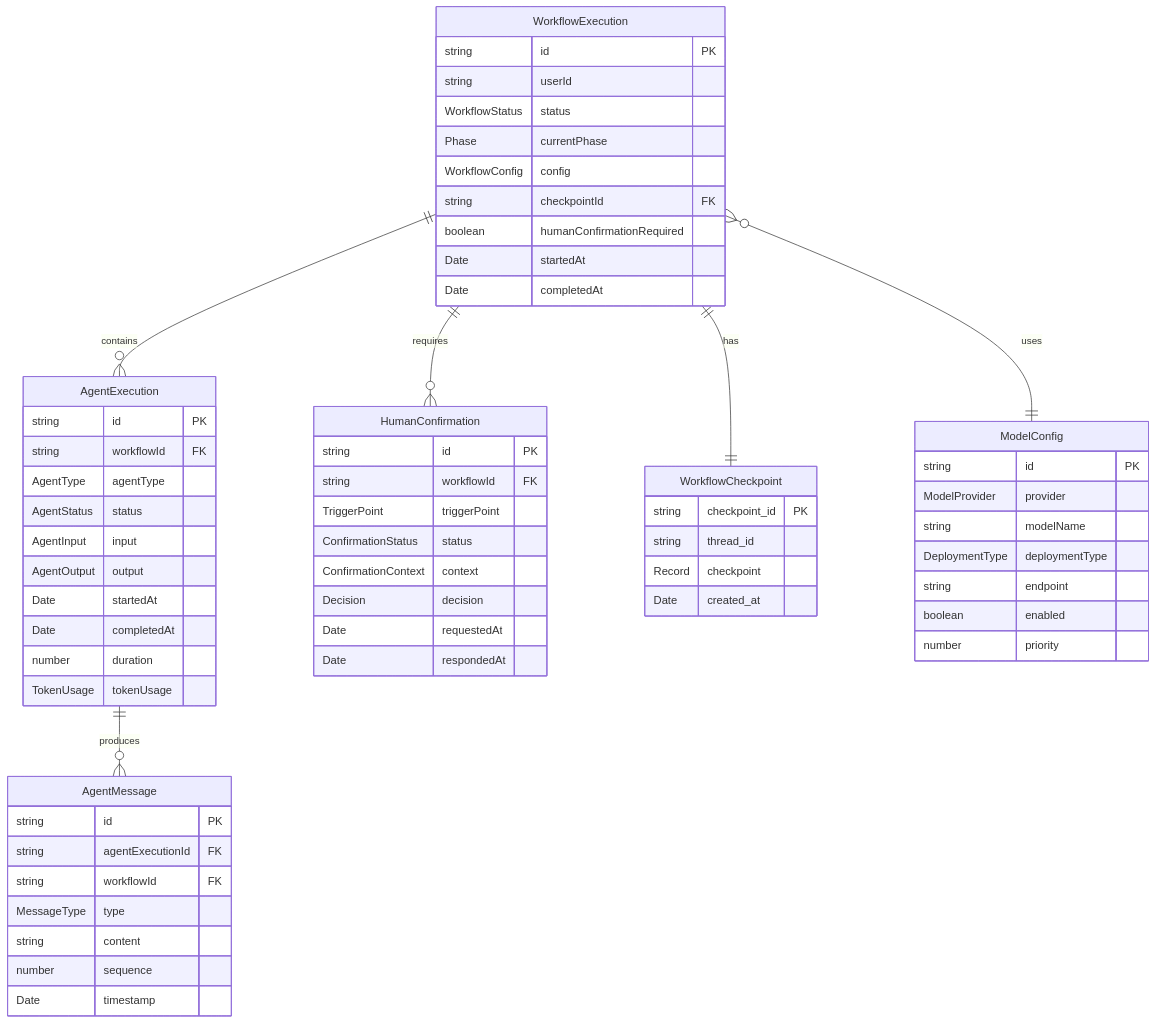
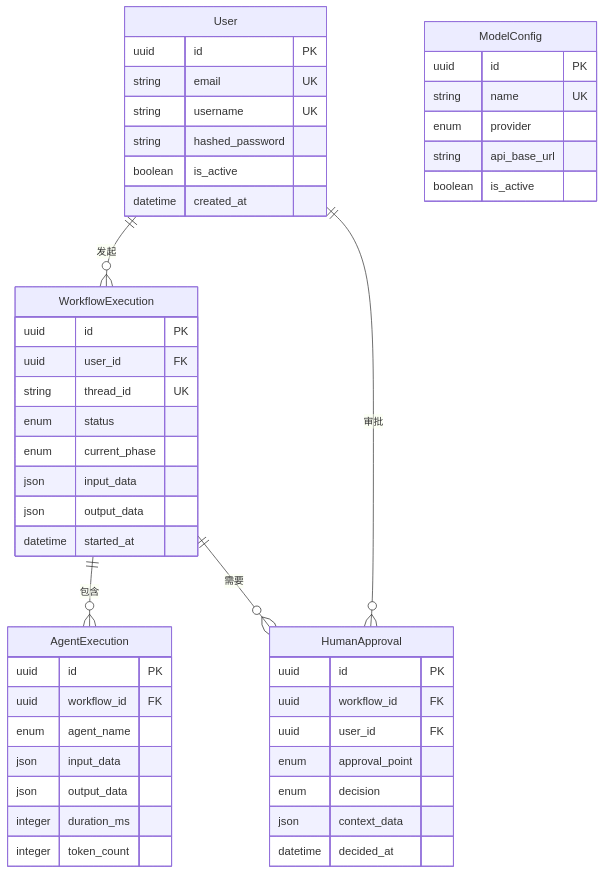
The second of 5 diagrams in docs/architecture.md (QQhuxuhui/BMAD-METHOD), drawn with Mermaid before and after one commit. The commit also changed other lines of this file and 19 other files, not shown here.

````diff
--- a/docs/architecture.md
+++ b/docs/architecture.md
@@ -543,71 +443,55 @@
 ```mermaid
 erDiagram
-    WorkflowExecution ||--o{ AgentExecution : contains
-    WorkflowExecution ||--o{ HumanConfirmation : requires
-    WorkflowExecution ||--|| WorkflowCheckpoint : has
-    AgentExecution ||--o{ AgentMessage : produces
-    WorkflowExecution }o--|| ModelConfig : uses
+    User ||--o{ WorkflowExecution : "发起"
+    User ||--o{ HumanApproval : "审批"
+    WorkflowExecution ||--o{ AgentExecution : "包含"
+    WorkflowExecution ||--o{ HumanApproval : "需要"
+
+    User {
+        uuid id PK
+        string email UK
+        string username UK
+        string hashed_password
+        boolean is_active
+        datetime created_at
+    }
 
     WorkflowExecution {
-        string id PK
-        string userId
-        WorkflowStatus status
-        Phase currentPhase
-        WorkflowConfig config
-        string checkpointId FK
-        boolean humanConfirmationRequired
-        Date startedAt
-        Date completedAt
+        uuid id PK
+        uuid user_id FK
+        string thread_id UK
+        enum status
+        enum current_phase
+        json input_data
+        json output_data
+        datetime started_at
     }
 
     AgentExecution {
-        string id PK
-        string workflowId FK
-        AgentType agentType
-        AgentStatus status
-        AgentInput input
-        AgentOutput output
-        Date startedAt
-        Date completedAt
-        number duration
-        TokenUsage tokenUsage
+        uuid id PK
+        uuid workflow_id FK
+        enum agent_name
+        json input_data
+        json output_data
+        integer duration_ms
+        integer token_count
     }
 
-    AgentMessage {
-        string id PK
-        string agentExecutionId FK
-        string workflowId FK
-        MessageType type
-        string content
-        number sequence
-        Date timestamp
-    }
-
-    HumanConfirmation {
-        string id PK
-        string workflowId FK
-        TriggerPoint triggerPoint
-        ConfirmationStatus status
-        ConfirmationContext context
-        Decision decision
-        Date requestedAt
-        Date respondedAt
+    HumanApproval {
+        uuid id PK
+        uuid workflow_id FK
+        uuid user_id FK
+        enum approval_point
+        enum decision
+        json context_data
+        datetime decided_at
     }
 
     ModelConfig {
-        string id PK
-        ModelProvider provider
-        string modelName
-        DeploymentType deploymentType
-        string endpoint
-        boolean enabled
-        number priority
-    }
-
-    WorkflowCheckpoint {
-        string checkpoint_id PK
-        string thread_id
-        Record checkpoint
-        Date created_at
+        uuid id PK
+        string name UK
+        enum provider
+        string api_base_url
+        boolean is_active
     }
 ```
````
